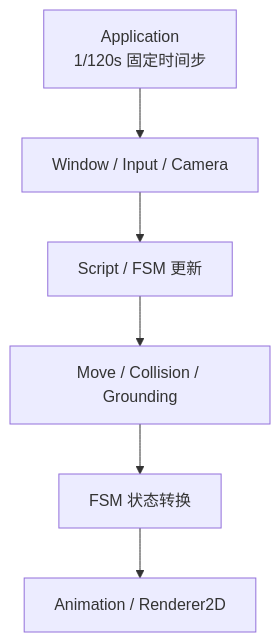
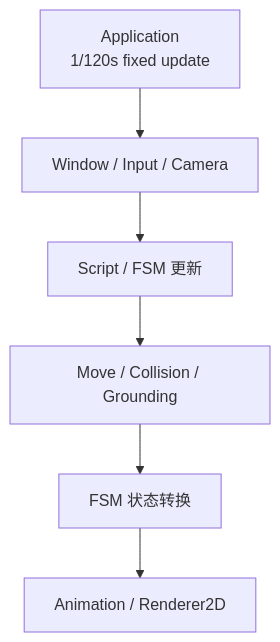
One commit to AAAiee/Rubber-2D-Game-Engine changed the diagram in README.md. Above: the diagram before and after it, drawn with Mermaid. The commit also changed other lines of this file, not shown here.

````diff
--- a/README.md
+++ b/README.md
@@ -54,8 +54,8 @@
 ```mermaid
 flowchart TB
-    Loop["Application<br/>1/120s 固定时间步"] --> Input["Window / Input / Camera"]
+    Loop["Application<br/>1/120s fixed update"] --> Input["Window / Input / Camera"]
     Input --> Logic["Script / FSM 更新"]
     Logic --> Simulation["Move / Collision / Grounding"]
     Simulation --> Transitions["FSM 状态转换"]
     Transitions --> Output["Animation / Renderer2D"]
 ```
````
